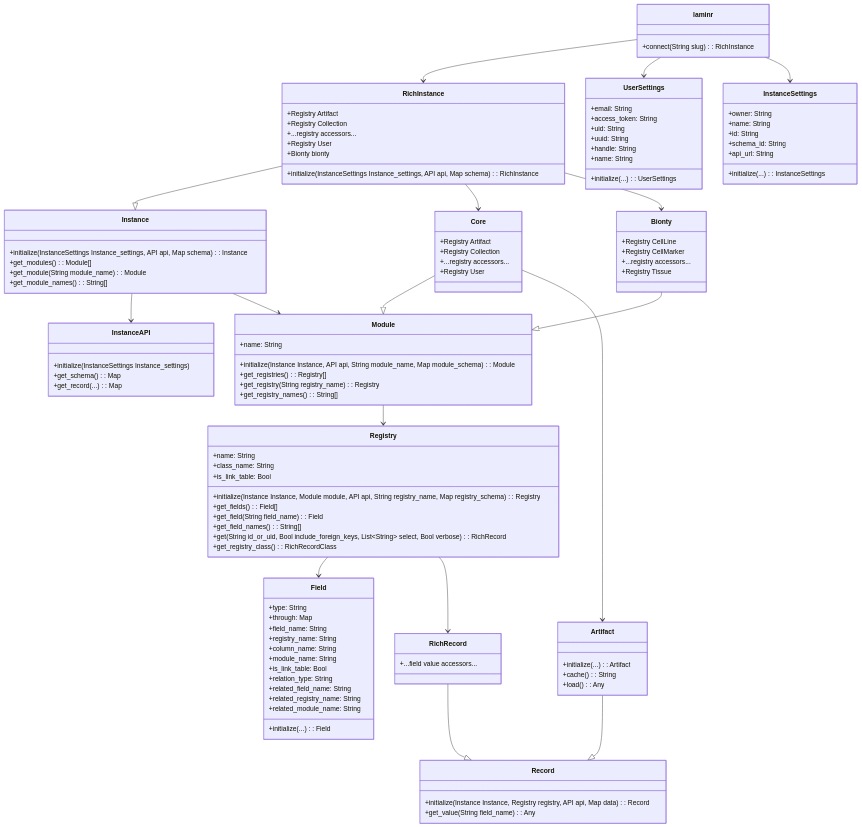
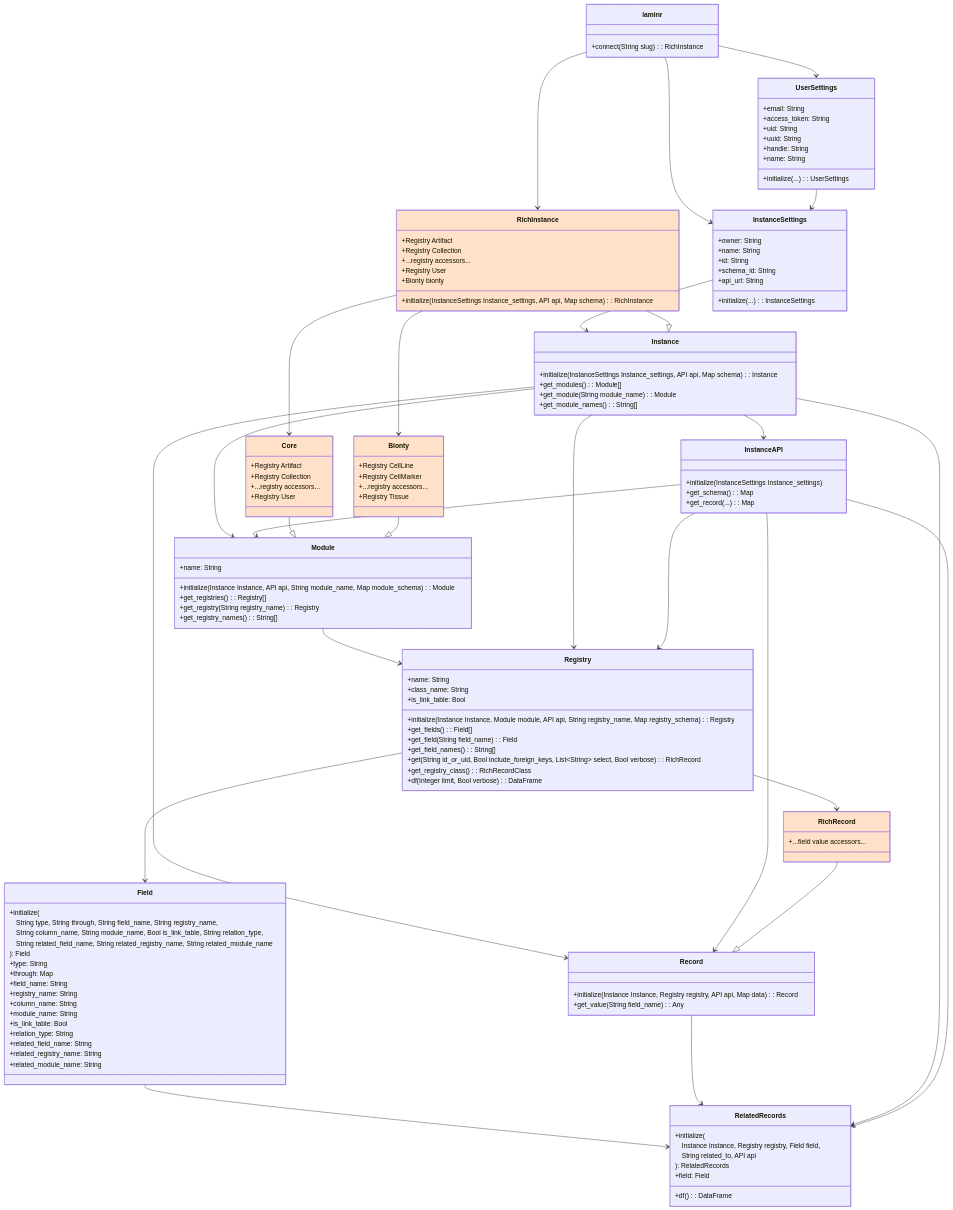
The second of 2 diagrams in vignettes/architecture.qmd (laminlabs/laminr), drawn with Mermaid before and after one commit. The commit also changed other lines of this file, not shown here.

Commit message:
Add RelatedRecords to architecture.qmd
Plus various tidying/adjustments

````diff
--- a/vignettes/architecture.qmd
+++ b/vignettes/architecture.qmd
@@ -133,27 +157,41 @@
 ```{mermaid}
 classDiagram
 %% # nolint start
-    laminr --> RichInstance
+    %% --- Copied from base diagram --------------------------------------------
     laminr --> UserSettings
     laminr --> InstanceSettings
-    RichInstance --|> Instance
     Instance --> InstanceAPI
     Instance --> Module
-    Core --|> Module
-    Bionty --|> Module
     Module --> Registry
     Registry --> Field
+    Field --> RelatedRecords
+    Record --> RelatedRecords
+    UserSettings --> InstanceSettings
+    InstanceSettings --> Instance
+    InstanceAPI --> Module
+    Instance --> Registry
+    InstanceAPI --> Registry
+    Instance --> Record
+    InstanceAPI --> Record
+    Instance --> RelatedRecords
+    InstanceAPI --> RelatedRecords
+    %% -------------------------------------------------------------------------
+    
+    %% --- New links for Rich classes ------------------------------------------
+    RichInstance --|> Instance
+    laminr --> RichInstance
+    Core --|> Module
+    RichInstance --> Core
+    Bionty --|> Module
+    RichInstance --> Bionty
     Registry --> RichRecord
-    Artifact --|> Record
-    RichInstance --> Core
-    RichInstance --> Bionty
-    Core --> Artifact
     RichRecord --|> Record
+    %% -------------------------------------------------------------------------
     
+    %% --- Copied from base diagram --------------------------------------------
     class laminr{
         +connect(String slug): RichInstance
     }
-
     class UserSettings{
         +initialize(...): UserSettings
         +email: String
@@ -163,7 +201,6 @@
         +handle: String
         +name: String
     }
-
     class InstanceSettings{
         +initialize(...): InstanceSettings
         +owner: String
@@ -183,26 +220,6 @@
         +get_schema(): Map<String, Any>
         +get_record(...): Map<String, Any>
     }
-    class RichInstance{
-        +initialize(InstanceSettings Instance_settings, API api, Map<String, any> schema): RichInstance
-        +Registry Artifact
-        +Registry Collection
-        +...registry accessors...
-        +Registry User
-        +Bionty bionty
-    }
-    class Core{
-        +Registry Artifact
-        +Registry Collection
-        +...registry accessors...
-        +Registry User
-    }
-    class Bionty{
-        +Registry CellLine
-        +Registry CellMarker
-        +...registry accessors...
-        +Registry Tissue
-    }
     class Module{
         +initialize(Instance Instance, API api, String module_name, Map<String, any> module_schema): Module
         +name: String
@@ -220,14 +237,14 @@
         +get_field_names(): String[]
         +get(String id_or_uid, Bool include_foreign_keys, List~String~ select, Bool verbose): RichRecord
         +get_registry_class(): RichRecordClass
-    }
-    class Artifact{
-        +initialize(...): Artifact
-        +cache(): String
-        +load(): Any
+        +df(Integer limit, Bool verbose): DataFrame
     }
     class Field{
-        +initialize(...): Field
+        +initialize(
+          #emsp;String type, String through, String field_name, String registry_name,
+          #emsp;String column_name, String module_name, Bool is_link_table, String relation_type,
+          #emsp;String related_field_name, String related_registry_name, String related_module_name
+        ): Field
         +type: String
         +through: Map
         +field_name: String
@@ -240,12 +257,48 @@
         +related_registry_name: String
         +related_module_name: String
     }
-    class RichRecord{
-        +...field value accessors...
-    }
     class Record{
         +initialize(Instance Instance, Registry registry, API api, Map<String, Any> data): Record
         +get_value(String field_name): Any
     }
+    class RelatedRecords{
+        +initialize(
+          #emsp;Instance instance, Registry registry, Field field,
+          #emsp;String related_to, API api
+        ): RelatedRecords
+        +df(): DataFrame
+        +field: Field
+    }
+    %% -------------------------------------------------------------------------
+    
+    %% --- New Rich classes ----------------------------------------------------
+    class RichInstance{
+        +initialize(InstanceSettings Instance_settings, API api, Map<String, any> schema): RichInstance
+        +Registry Artifact
+        +Registry Collection
+        +...registry accessors...
+        +Registry User
+        +Bionty bionty
+    }
+    style RichInstance fill:#ffe1c9
+    class Core{
+        +Registry Artifact
+        +Registry Collection
+        +...registry accessors...
+        +Registry User
+    }
+    style Core fill:#ffe1c9
+    class Bionty{
+        +Registry CellLine
+        +Registry CellMarker
+        +...registry accessors...
+        +Registry Tissue
+    }
+    style Bionty fill:#ffe1c9
+    class RichRecord{
+        +...field value accessors...
+    }
+    style RichRecord fill:#ffe1c9
+    %% -------------------------------------------------------------------------
 %% # nolint end
 ```
````
